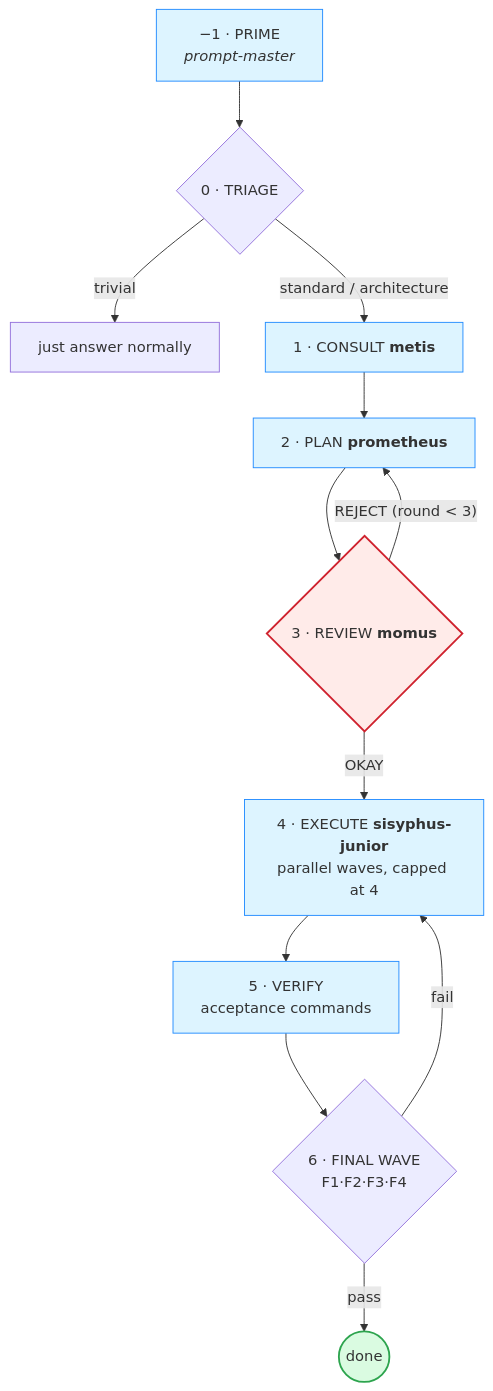
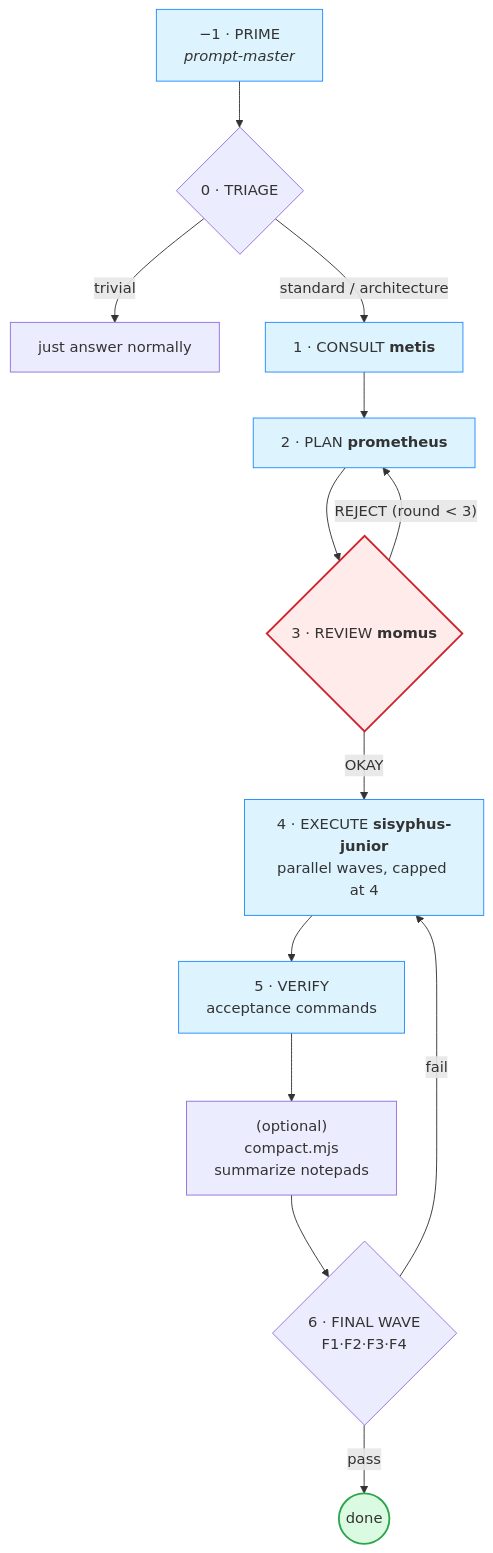
Before and after one commit to amartinawi/zodyssey: the first of 3 diagrams in README.md, drawn with Mermaid. The commit also changed other lines of this file and 2 other files, not shown here.

Commit message:
docs(v0.2.0): document the prime-agent adaptation (#3)
CHANGELOG: add [0.2.0] entry — the prime-agent adaptation (3 of 9 primitives
borrowed), the 6 audit fixes, security posture, and the 5 parked daemon
primitives.

README: pipeline mermaid gains the optional compaction step before the final
wave; phase list mirrors it; the 'What the hooks enforce' table gains a 6th
row for the SEC-1s recursion guard.

docs/diagrams.md: diagram 1 (pipeline) shows the optional compact.mjs step;
diagram 3 (gate decision tree) adds the SEC-1s recursion-guard branch BEFORE
the parallel cap (no more slot leak on block) and a 6th invariant row.

````diff
--- a/README.md
+++ b/README.md
@@ -47,20 +47,21 @@
 ```mermaid
 flowchart TD
     P["−1 · PRIME<br/><i>prompt-master</i>"] --> T{"0 · TRIAGE"}
     T -- trivial --> SKIP["just answer normally"]
     T -- standard / architecture --> C["1 · CONSULT <b>metis</b>"]
     C --> PL["2 · PLAN <b>prometheus</b>"]
     PL --> R{"3 · REVIEW <b>momus</b>"}
     R -- "REJECT (round < 3)" --> PL
     R -- OKAY --> E["4 · EXECUTE <b>sisyphus-junior</b><br/>parallel waves, capped at 4"]
     E --> V["5 · VERIFY<br/>acceptance commands"]
-    V --> F{"6 · FINAL WAVE<br/>F1·F2·F3·F4"}
+    V --> CMP["(optional)<br/>compact.mjs<br/>summarize notepads"]
+    CMP --> F{"6 · FINAL WAVE<br/>F1·F2·F3·F4"}
     F -- pass --> DONE(("done"))
     F -- fail --> E
     classDef gate fill:#ffebe9,stroke:#cf222e,stroke-width:2px;
     classDef good fill:#dafbe1,stroke:#2da44e,stroke-width:2px;
     classDef phase fill:#ddf4ff,stroke:#218bff;
     class R gate;
     class DONE good;
     class C,PL,E,V,P phase;
 ```
````
